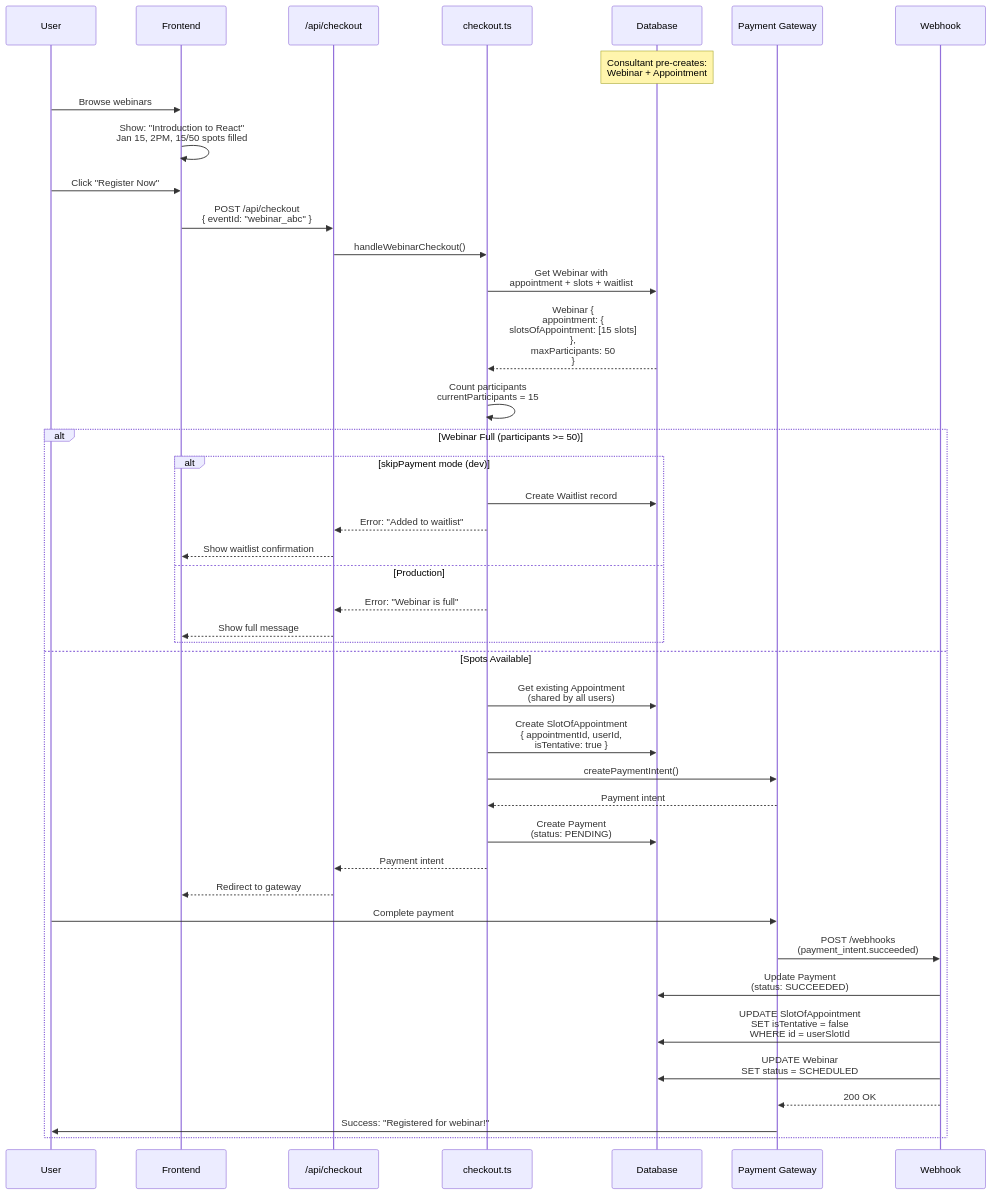
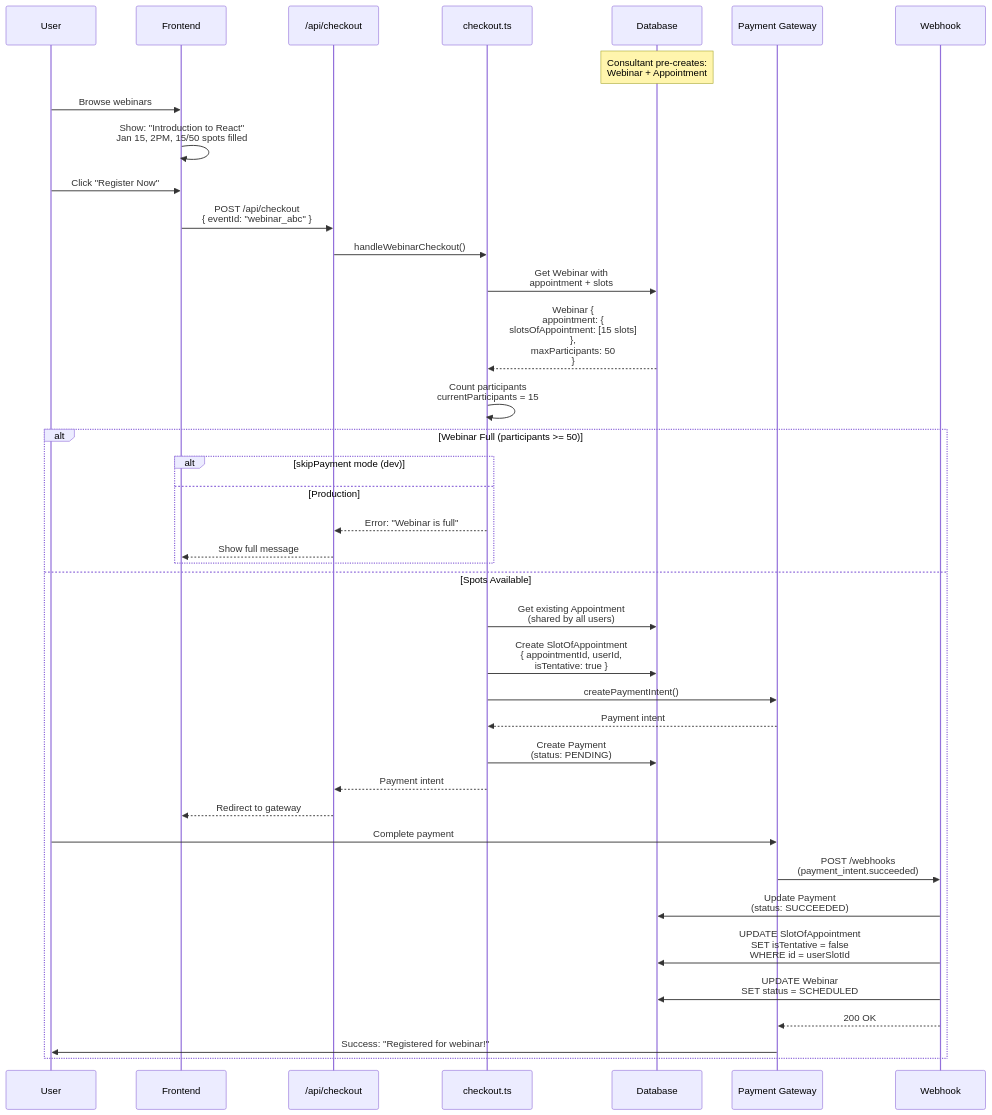
The first of 2 diagrams in docs/payments/checkout-flow/02-webinar-and-class.md (Practitionist/familiarise_web), drawn with Mermaid before and after one commit. The commit also changed other lines of this file and 181 other files, not shown here.

````diff
--- a/docs/payments/checkout-flow/02-webinar-and-class.md
+++ b/docs/payments/checkout-flow/02-webinar-and-class.md
@@ -331,52 +311,49 @@
 ```mermaid
 sequenceDiagram
     participant U as User
     participant FE as Frontend
     participant API as /api/checkout
     participant CO as checkout.ts
     participant DB as Database
     participant PG as Payment Gateway
     participant WH as Webhook
 
     Note over DB: Consultant pre-creates:<br/>Webinar + Appointment
 
     U->>FE: Browse webinars
     FE->>FE: Show: "Introduction to React"<br/>Jan 15, 2PM, 15/50 spots filled
     U->>FE: Click "Register Now"
     FE->>API: POST /api/checkout<br/>{ eventId: "webinar_abc" }
 
     API->>CO: handleWebinarCheckout()
-    CO->>DB: Get Webinar with<br/>appointment + slots + waitlist
+    CO->>DB: Get Webinar with<br/>appointment + slots
     DB-->>CO: Webinar {<br/>  appointment: {<br/>    slotsOfAppointment: [15 slots]<br/>  },<br/>  maxParticipants: 50<br/>}
 
     CO->>CO: Count participants<br/>currentParticipants = 15
 
     alt Webinar Full (participants >= 50)
         alt skipPayment mode (dev)
-            CO->>DB: Create Waitlist record
-            CO-->>API: Error: "Added to waitlist"
-            API-->>FE: Show waitlist confirmation
         else Production
             CO-->>API: Error: "Webinar is full"
             API-->>FE: Show full message
         end
     else Spots Available
         CO->>DB: Get existing Appointment<br/>(shared by all users)
         CO->>DB: Create SlotOfAppointment<br/>{ appointmentId, userId,<br/>  isTentative: true }
 
         CO->>PG: createPaymentIntent()
         PG-->>CO: Payment intent
         CO->>DB: Create Payment<br/>(status: PENDING)
         CO-->>API: Payment intent
         API-->>FE: Redirect to gateway
 
         U->>PG: Complete payment
 
         PG->>WH: POST /webhooks<br/>(payment_intent.succeeded)
         WH->>DB: Update Payment<br/>(status: SUCCEEDED)
         WH->>DB: UPDATE SlotOfAppointment<br/>SET isTentative = false<br/>WHERE id = userSlotId
         WH->>DB: UPDATE Webinar<br/>SET status = SCHEDULED
         WH-->>PG: 200 OK
         PG->>U: Success: "Registered for webinar!"
     end
 ```
````
